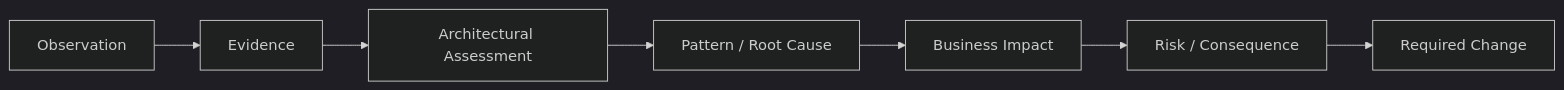
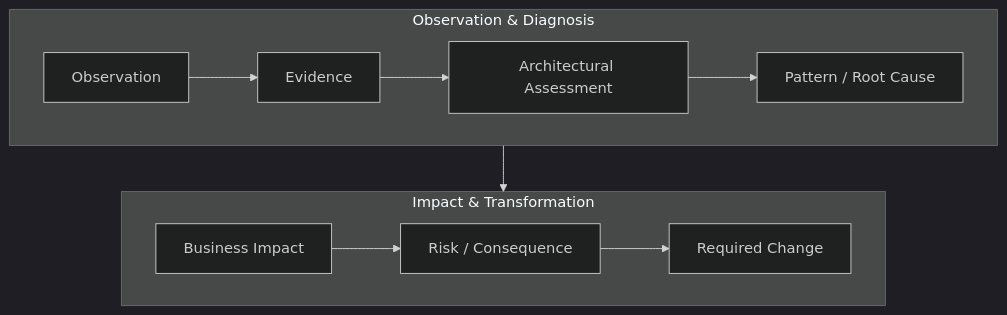
One commit to avfranco-br/portfolio changed diagram 15 of 24 in docs/sop/methods/architecture-assessment-and-roadmap.md. Above: the diagram before and after it, drawn with Mermaid (dark theme). The commit also changed other lines of this file and 10 other files, not shown here.

Commit message:
Refactor Mermaid diagrams across SOP and methods documentation for legibility

````diff
--- a/docs/sop/methods/architecture-assessment-and-roadmap.md
+++ b/docs/sop/methods/architecture-assessment-and-roadmap.md
@@ -1254,11 +1327,17 @@
 ```mermaid
-flowchart LR
-    A["Observation"]
-    B["Evidence"]
-    C["Architectural Assessment"]
-    D["Pattern / Root Cause"]
-    E["Business Impact"]
-    F["Risk / Consequence"]
-    G["Required Change"]
-    A --> B --> C --> D --> E --> F --> G
+flowchart TD
+    subgraph Tier1["Observation & Diagnosis"]
+        direction LR
+        A["Observation"] --> B["Evidence"]
+        B --> C["Architectural Assessment"]
+        C --> D["Pattern / Root Cause"]
+    end
+
+    subgraph Tier2["Impact & Transformation"]
+        direction LR
+        E["Business Impact"] --> F["Risk / Consequence"]
+        F --> G["Required Change"]
+    end
+
+    D --> E
 ```
````
